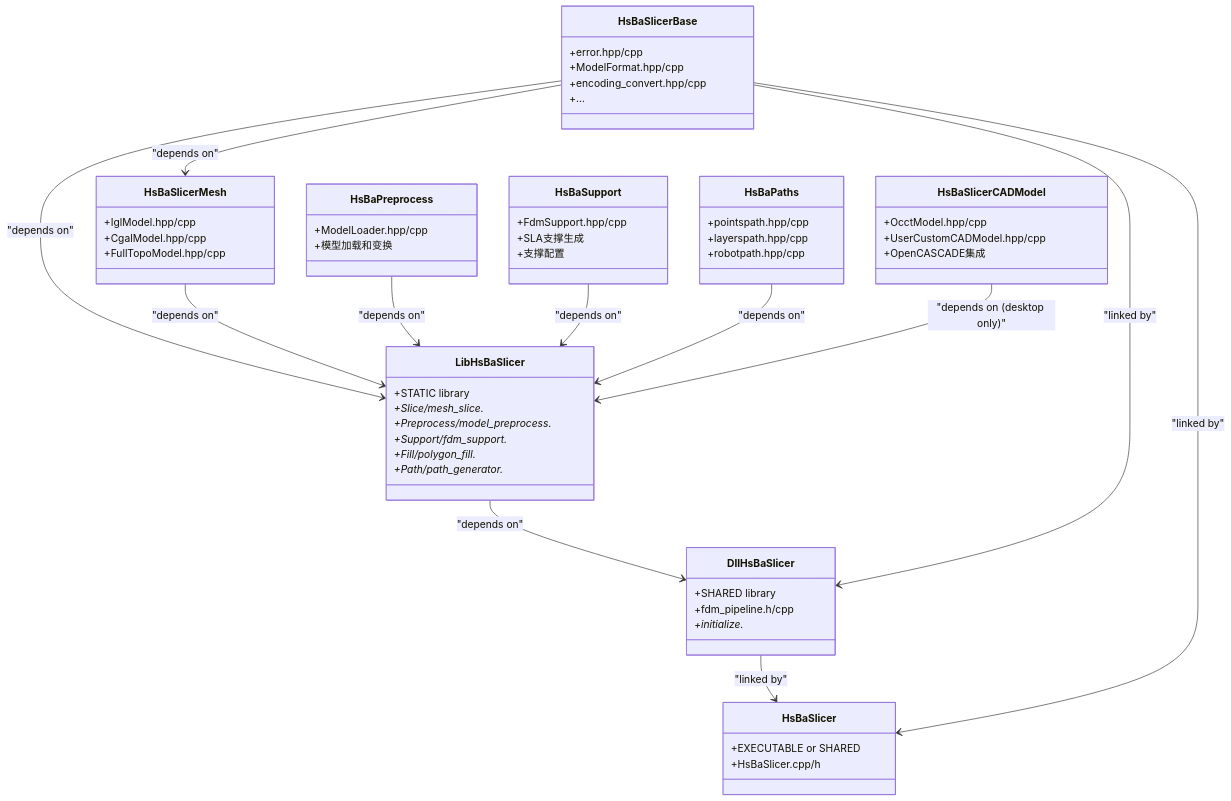
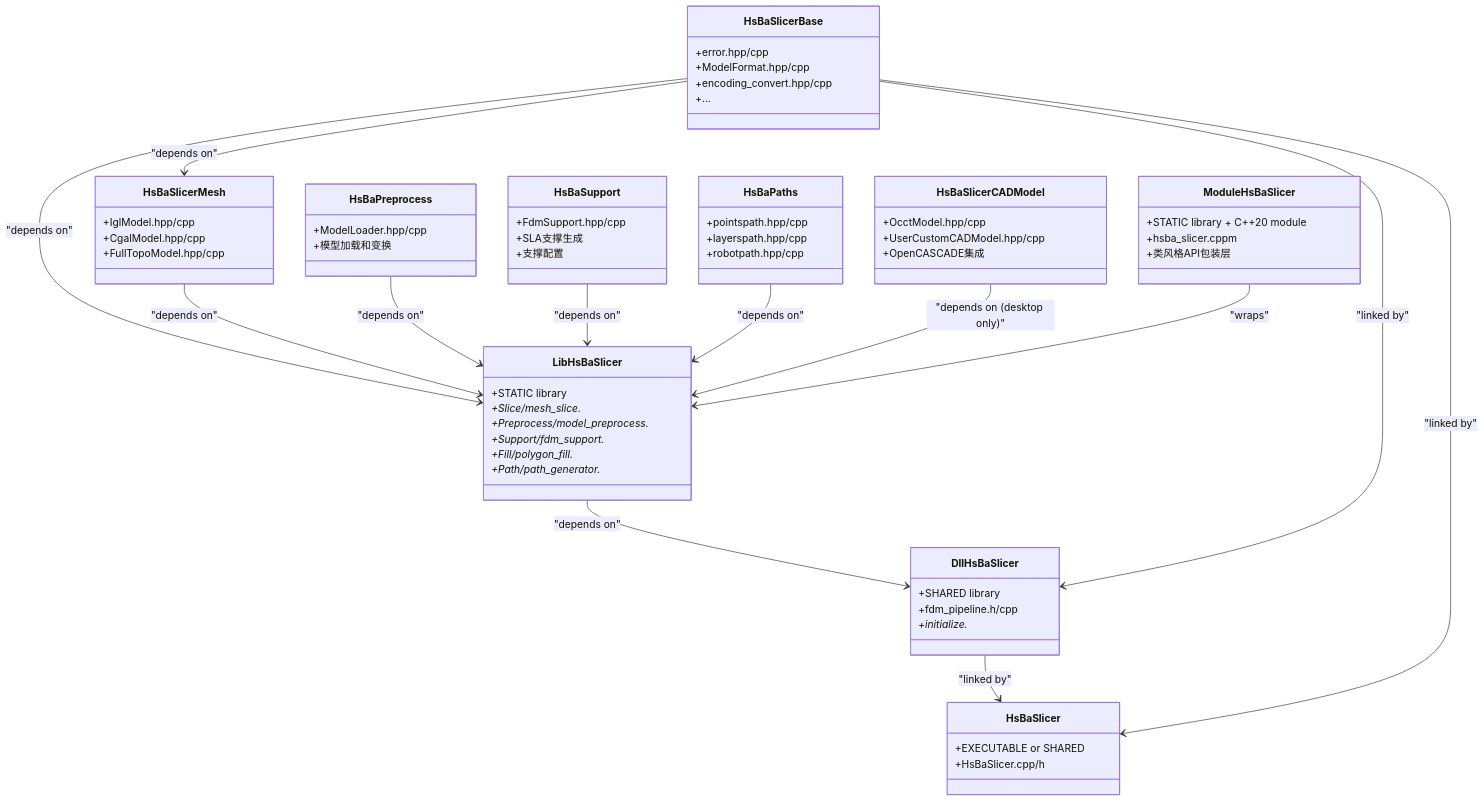
One commit to hsmbanlance/HsBaSlicer changed the second of 3 diagrams in .qoder/repowiki/zh/content/构建与部署/构建与部署.md. Above: the diagram before and after it, drawn with Mermaid. The commit also changed other lines of this file and 19 other files, not shown here.

````diff
--- a/.qoder/repowiki/zh/content/构建与部署/构建与部署.md
+++ b/.qoder/repowiki/zh/content/构建与部署/构建与部署.md
@@ -191,61 +220,67 @@
 ```mermaid
 classDiagram
 class HsBaSlicerBase {
 +error.hpp/cpp
 +ModelFormat.hpp/cpp
 +encoding_convert.hpp/cpp
 +...
 }
 class HsBaSlicerMesh {
 +IglModel.hpp/cpp
 +CgalModel.hpp/cpp
 +FullTopoModel.hpp/cpp
 }
 class HsBaPreprocess {
 +ModelLoader.hpp/cpp
 +模型加载和变换
 }
 class HsBaSupport {
 +FdmSupport.hpp/cpp
 +SLA支撑生成
 +支撑配置
 }
 class HsBaPaths {
 +pointspath.hpp/cpp
 +layerspath.hpp/cpp
 +robotpath.hpp/cpp
 }
 class HsBaSlicerCADModel {
 +OcctModel.hpp/cpp
 +UserCustomCADModel.hpp/cpp
 +OpenCASCADE集成
 }
 class LibHsBaSlicer {
 +STATIC library
 +Slice/mesh_slice.*
 +Preprocess/model_preprocess.*
 +Support/fdm_support.*
 +Fill/polygon_fill.*
 +Path/path_generator.*
 }
+class ModuleHsBaSlicer {
++STATIC library + C++20 module
++hsba_slicer.cppm
++类风格API包装层
+}
 class DllHsBaSlicer {
 +SHARED library
 +fdm_pipeline.h/cpp
 +initialize.*
 }
 class HsBaSlicer {
 +EXECUTABLE or SHARED
 +HsBaSlicer.cpp/h
 }
 HsBaSlicerBase --> HsBaSlicerMesh : "depends on"
 HsBaSlicerBase --> LibHsBaSlicer : "depends on"
 HsBaSlicerMesh --> LibHsBaSlicer : "depends on"
 HsBaPreprocess --> LibHsBaSlicer : "depends on"
 HsBaSupport --> LibHsBaSlicer : "depends on"
 HsBaPaths --> LibHsBaSlicer : "depends on"
 HsBaSlicerCADModel --> LibHsBaSlicer : "depends on (desktop only)"
 LibHsBaSlicer --> DllHsBaSlicer : "depends on"
+ModuleHsBaSlicer --> LibHsBaSlicer : "wraps"
 DllHsBaSlicer --> HsBaSlicer : "linked by"
 HsBaSlicerBase --> DllHsBaSlicer : "linked by"
 HsBaSlicerBase --> HsBaSlicer : "linked by"
 ```
````
